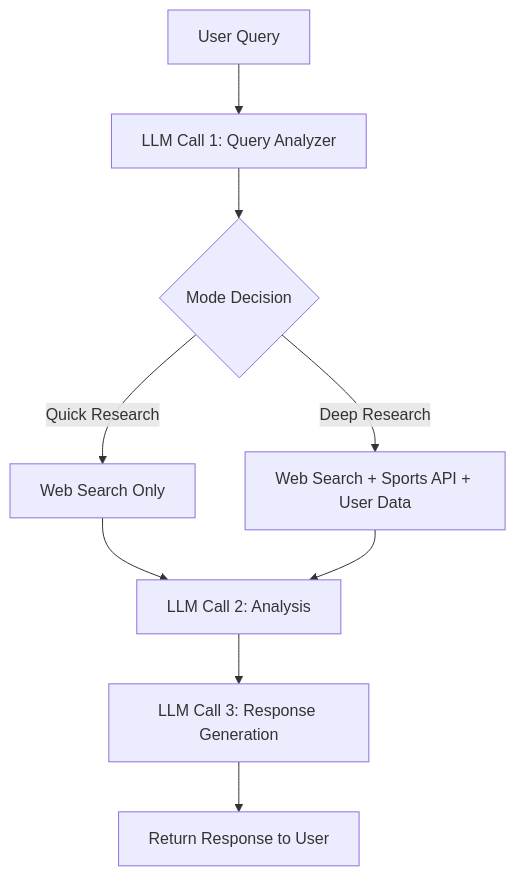
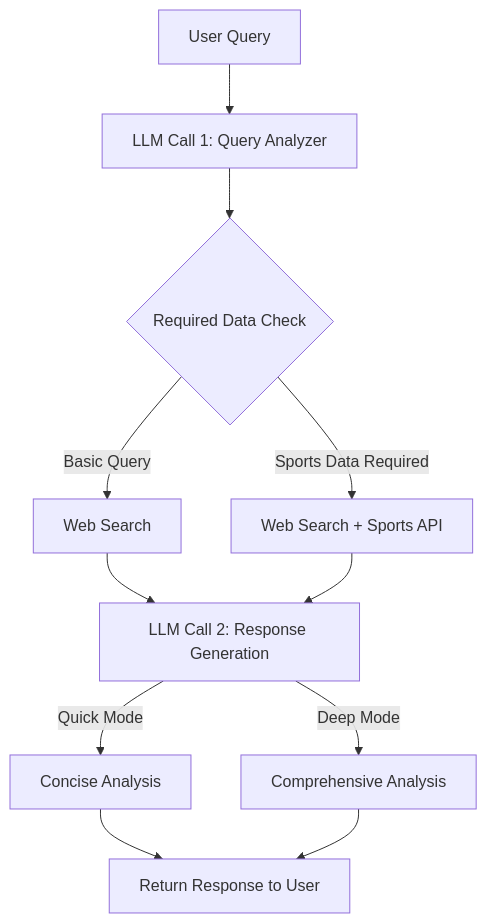
One commit to ize202/SlipsharkAI changed the diagram in README.md. Above: the diagram before and after it, drawn with Mermaid. The commit also changed other lines of this file, not shown here.

First line of the commit message:
Update README with Refined Research Workflow and Mode Selection Logic

````diff
--- a/README.md
+++ b/README.md
@@ -9,11 +9,13 @@
 ```mermaid
 graph TD
     A[User Query] --> B[LLM Call 1: Query Analyzer]
-    B --> C{Mode Decision}
-    C -->|Quick Research| D1[Web Search Only]
-    C -->|Deep Research| D2[Web Search + Sports API + User Data]
-    D1 --> E[LLM Call 2: Analysis]
+    B --> C{Required Data Check}
+    C -->|Basic Query| D1[Web Search]
+    C -->|Sports Data Required| D2[Web Search + Sports API]
+    D1 --> E[LLM Call 2: Response Generation]
     D2 --> E
-    E --> F[LLM Call 3: Response Generation]
-    F --> G[Return Response to User]
+    E -->|Quick Mode| F1[Concise Analysis]
+    E -->|Deep Mode| F2[Comprehensive Analysis]
+    F1 --> G[Return Response to User]
+    F2 --> G
 ```
````
